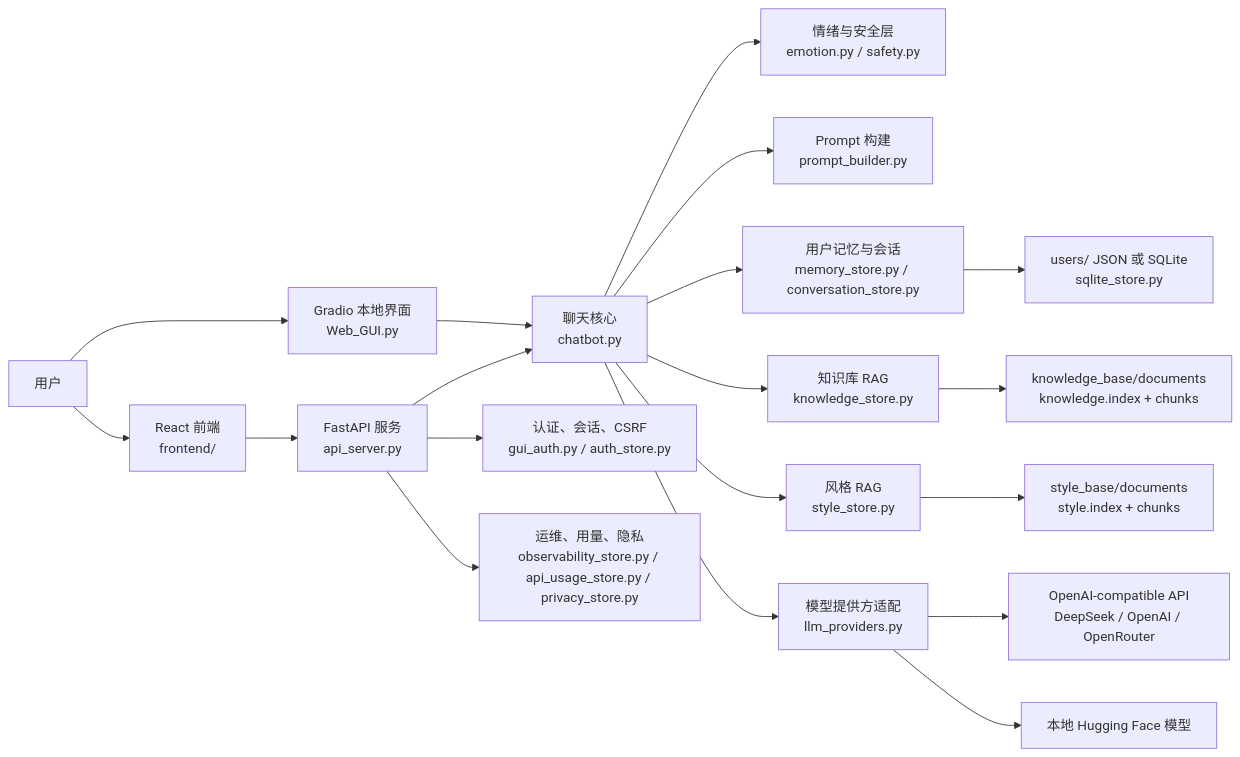
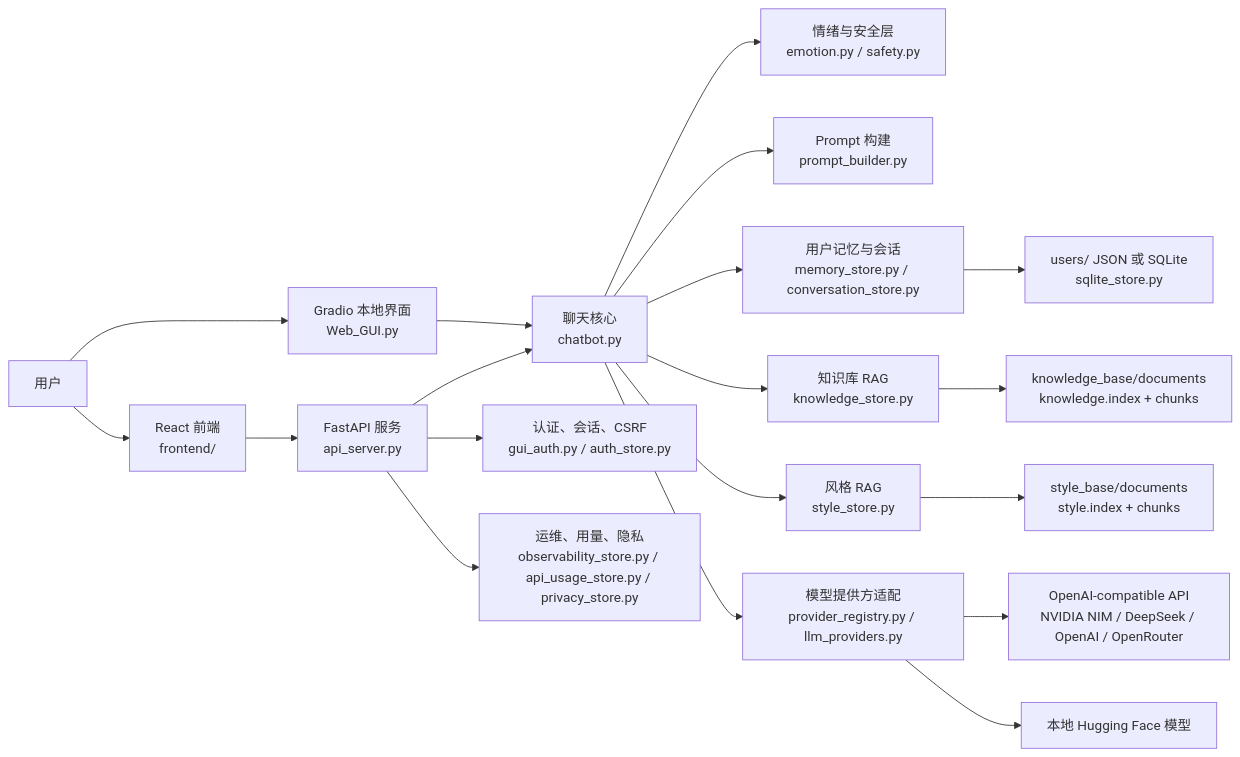
The diagram in README.zh-CN.md (lup49488/Emotion-Assistant), drawn with Mermaid before and after one commit. The commit also changed other lines of this file and 18 other files, not shown here.

````diff
--- a/README.zh-CN.md
+++ b/README.zh-CN.md
@@ -21,24 +21,24 @@
 ```mermaid
 flowchart LR
     User["用户"] --> Browser["React 前端<br/>frontend/"]
     User --> Gradio["Gradio 本地界面<br/>Web_GUI.py"]
 
     Browser --> API["FastAPI 服务<br/>api_server.py"]
     Gradio --> Chatbot["聊天核心<br/>chatbot.py"]
     API --> Auth["认证、会话、CSRF<br/>gui_auth.py / auth_store.py"]
     API --> Chatbot
     API --> Ops["运维、用量、隐私<br/>observability_store.py / api_usage_store.py / privacy_store.py"]
 
     Chatbot --> Safety["情绪与安全层<br/>emotion.py / safety.py"]
     Chatbot --> Prompt["Prompt 构建<br/>prompt_builder.py"]
     Chatbot --> Memory["用户记忆与会话<br/>memory_store.py / conversation_store.py"]
     Chatbot --> Knowledge["知识库 RAG<br/>knowledge_store.py"]
     Chatbot --> Style["风格 RAG<br/>style_store.py"]
-    Chatbot --> Providers["模型提供方适配<br/>llm_providers.py"]
+    Chatbot --> Providers["模型提供方适配<br/>provider_registry.py / llm_providers.py"]
 
     Knowledge --> KnowledgeFiles["knowledge_base/documents<br/>knowledge.index + chunks"]
     Style --> StyleFiles["style_base/documents<br/>style.index + chunks"]
     Memory --> Storage["users/ JSON 或 SQLite<br/>sqlite_store.py"]
-    Providers --> RemoteLLM["OpenAI-compatible API<br/>DeepSeek / OpenAI / OpenRouter"]
+    Providers --> RemoteLLM["OpenAI-compatible API<br/>NVIDIA NIM / DeepSeek / OpenAI / OpenRouter"]
     Providers --> LocalLLM["本地 Hugging Face 模型"]
 ```
````
